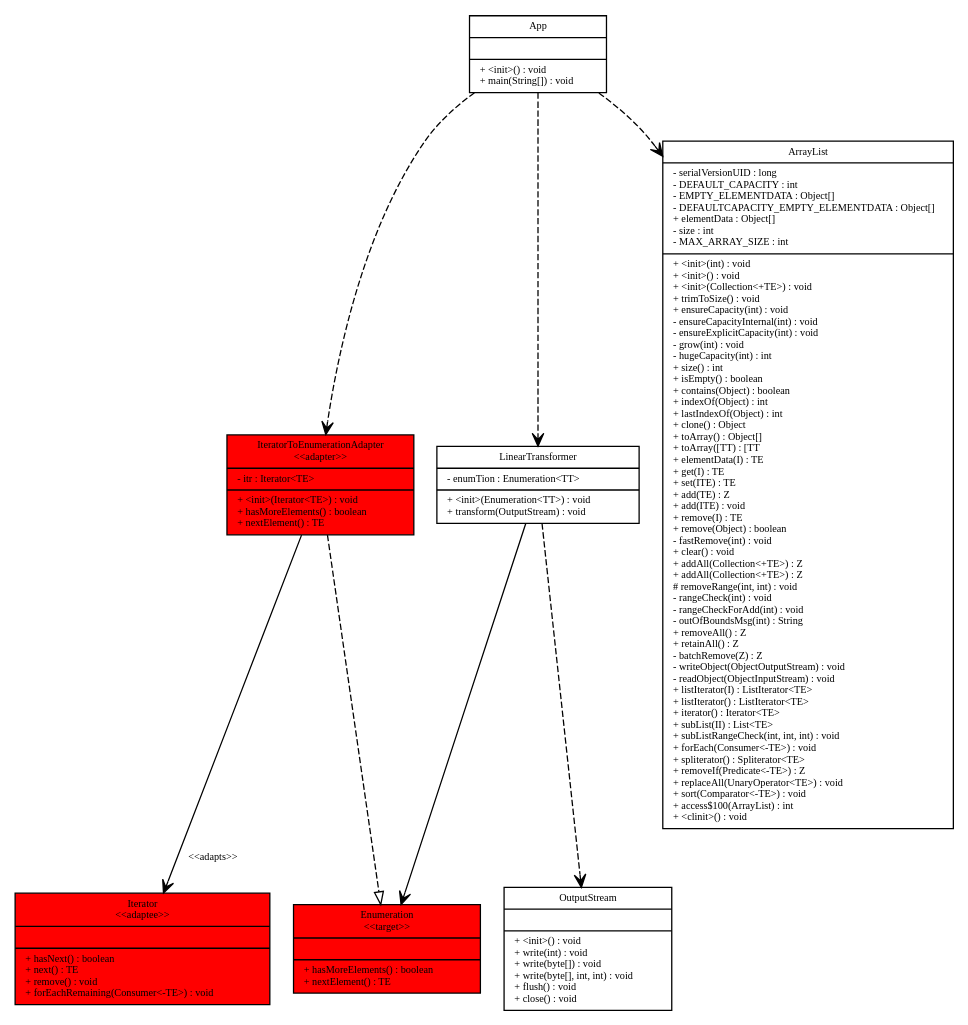
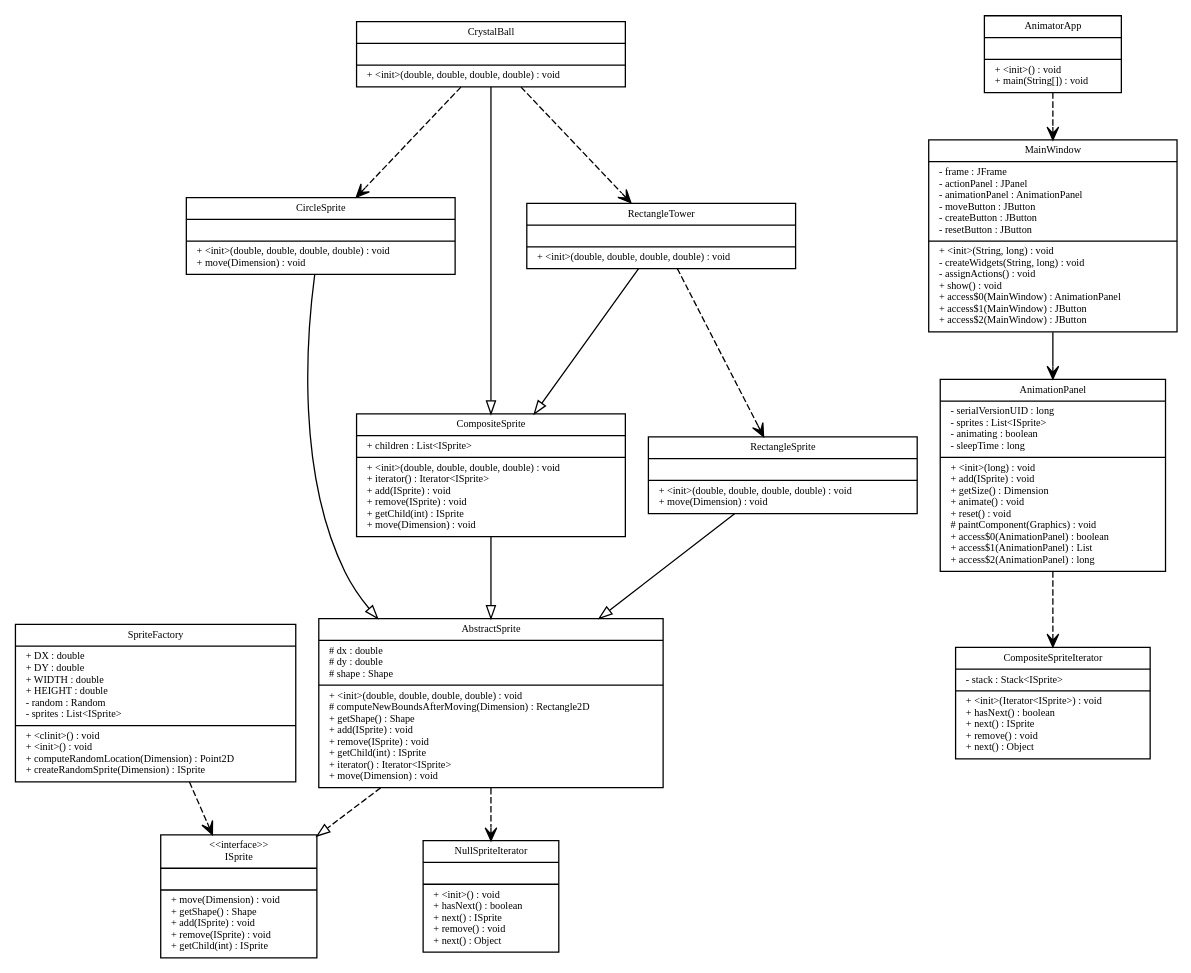
One commit to LoganErexson/CSSE374TeamProject changed the diagram in input_output/Diagram.gv. Above: the diagram before and after it, drawn with Graphviz. The commit also changed 15 other files, not shown here.

```diff
--- a/input_output/Diagram.gv
+++ b/input_output/Diagram.gv
@@ -1,77 +1,103 @@
 digraph G {
 fontname = " Bitstream Vera San"
 fontsize =8
 node [
 style=filled
 fillcolor=white
 fontname = "Bitstream Vera Sans"
 fontsize =8
 shape = "record"]
 edge [
 fontname = "Bitstream Vera Sans"
 fontsize =8
 ]
-App [
-label = "{App
+AbstractSprite [
+label = "{AbstractSprite
+|# dx : double\l# dy : double\l# shape : Shape\l|+ \<init\>(double, double, double, double) : void\l# computeNewBoundsAfterMoving(Dimension) : Rectangle2D\l+ getShape() : Shape\l+ add(ISprite) : void\l+ remove(ISprite) : void\l+ getChild(int) : ISprite\l+ iterator() : Iterator\<ISprite\>\l+ move(Dimension) : void\l}"
+]
+CompositeSprite [
+label = "{CompositeSprite
+|+ children : List\<ISprite\>\l|+ \<init\>(double, double, double, double) : void\l+ iterator() : Iterator\<ISprite\>\l+ add(ISprite) : void\l+ remove(ISprite) : void\l+ getChild(int) : ISprite\l+ move(Dimension) : void\l}"
+]
+CompositeSpriteIterator [
+label = "{CompositeSpriteIterator
+|- stack : Stack\<ISprite\>\l|+ \<init\>(Iterator\<ISprite\>) : void\l+ hasNext() : boolean\l+ next() : ISprite\l+ remove() : void\l+ next() : Object\l}"
+]
+CrystalBall [
+label = "{CrystalBall
+||+ \<init\>(double, double, double, double) : void\l}"
+]
+CircleSprite [
+label = "{CircleSprite
+||+ \<init\>(double, double, double, double) : void\l+ move(Dimension) : void\l}"
+]
+ISprite [
+label = "{\<\<interface\>\>\nISprite
+||+ move(Dimension) : void\l+ getShape() : Shape\l+ add(ISprite) : void\l+ remove(ISprite) : void\l+ getChild(int) : ISprite\l}"
+]
+CompositeSprite [
+label = "{CompositeSprite
+|+ children : List\<ISprite\>\l|+ \<init\>(double, double, double, double) : void\l+ iterator() : Iterator\<ISprite\>\l+ add(ISprite) : void\l+ remove(ISprite) : void\l+ getChild(int) : ISprite\l+ move(Dimension) : void\l}"
+]
+RectangleSprite [
+label = "{RectangleSprite
+||+ \<init\>(double, double, double, double) : void\l+ move(Dimension) : void\l}"
+]
+SpriteFactory [
+label = "{SpriteFactory
+|+ DX : double\l+ DY : double\l+ WIDTH : double\l+ HEIGHT : double\l- random : Random\l- sprites : List\<ISprite\>\l|+ \<clinit\>() : void\l+ \<init\>() : void\l+ computeRandomLocation(Dimension) : Point2D\l+ createRandomSprite(Dimension) : ISprite\l}"
+]
+NullSpriteIterator [
+label = "{NullSpriteIterator
+||+ \<init\>() : void\l+ hasNext() : boolean\l+ next() : ISprite\l+ remove() : void\l+ next() : Object\l}"
+]
+RectangleTower [
+label = "{RectangleTower
+||+ \<init\>(double, double, double, double) : void\l}"
+]
+AnimationPanel [
+label = "{AnimationPanel
+|- serialVersionUID : long\l- sprites : List\<ISprite\>\l- animating : boolean\l- sleepTime : long\l|+ \<init\>(long) : void\l+ add(ISprite) : void\l+ getSize() : Dimension\l+ animate() : void\l+ reset() : void\l# paintComponent(Graphics) : void\l+ access$0(AnimationPanel) : boolean\l+ access$1(AnimationPanel) : List\l+ access$2(AnimationPanel) : long\l}"
+]
+MainWindow [
+label = "{MainWindow
+|- frame : JFrame\l- actionPanel : JPanel\l- animationPanel : AnimationPanel\l- moveButton : JButton\l- createButton : JButton\l- resetButton : JButton\l|+ \<init\>(String, long) : void\l- createWidgets(String, long) : void\l- assignActions() : void\l+ show() : void\l+ access$0(MainWindow) : AnimationPanel\l+ access$1(MainWindow) : JButton\l+ access$2(MainWindow) : JButton\l}"
+]
+AnimatorApp [
+label = "{AnimatorApp
 ||+ \<init\>() : void\l+ main(String[]) : void\l}"
-]
-IteratorToEnumerationAdapter [
-fillcolor = red
-label = "{IteratorToEnumerationAdapter
-\n\<\<adapter\>\>\n|- itr : Iterator\<TE\>\l|+ \<init\>(Iterator\<TE\>) : void\l+ hasMoreElements() : boolean\l+ nextElement() : TE\l}"
-]
-LinearTransformer [
-label = "{LinearTransformer
-|- enumTion : Enumeration\<TT\>\l|+ \<init\>(Enumeration\<TT\>) : void\l+ transform(OutputStream) : void\l}"
-]
-ArrayList [
-label = "{ArrayList
-|- serialVersionUID : long\l- DEFAULT_CAPACITY : int\l- EMPTY_ELEMENTDATA : Object[]\l- DEFAULTCAPACITY_EMPTY_ELEMENTDATA : Object[]\l+ elementData : Object[]\l- size : int\l- MAX_ARRAY_SIZE : int\l|+ \<init\>(int) : void\l+ \<init\>() : void\l+ \<init\>(Collection\<+TE\>) : void\l+ trimToSize() : void\l+ ensureCapacity(int) : void\l- ensureCapacityInternal(int) : void\l- ensureExplicitCapacity(int) : void\l- grow(int) : void\l- hugeCapacity(int) : int\l+ size() : int\l+ isEmpty() : boolean\l+ contains(Object) : boolean\l+ indexOf(Object) : int\l+ lastIndexOf(Object) : int\l+ clone() : Object\l+ toArray() : Object[]\l+ toArray([TT) : [TT\l+ elementData(I) : TE\l+ get(I) : TE\l+ set(ITE) : TE\l+ add(TE) : Z\l+ add(ITE) : void\l+ remove(I) : TE\l+ remove(Object) : boolean\l- fastRemove(int) : void\l+ clear() : void\l+ addAll(Collection\<+TE\>) : Z\l+ addAll(Collection\<+TE\>) : Z\l# removeRange(int, int) : void\l- rangeCheck(int) : void\l- rangeCheckForAdd(int) : void\l- outOfBoundsMsg(int) : String\l+ removeAll() : Z\l+ retainAll() : Z\l- batchRemove(Z) : Z\l- writeObject(ObjectOutputStream) : void\l- readObject(ObjectInputStream) : void\l+ listIterator(I) : ListIterator\<TE\>\l+ listIterator() : ListIterator\<TE\>\l+ iterator() : Iterator\<TE\>\l+ subList(II) : List\<TE\>\l+ subListRangeCheck(int, int, int) : void\l+ forEach(Consumer\<-TE\>) : void\l+ spliterator() : Spliterator\<TE\>\l+ removeIf(Predicate\<-TE\>) : Z\l+ replaceAll(UnaryOperator\<TE\>) : void\l+ sort(Comparator\<-TE\>) : void\l+ access$100(ArrayList) : int\l+ \<clinit\>() : void\l}"
-]
-Enumeration [
-fillcolor = red
-label = "{Enumeration
-\n\<\<target\>\>\n||+ hasMoreElements() : boolean\l+ nextElement() : TE\l}"
-]
-Iterator [
-fillcolor = red
-label = "{Iterator
-\n\<\<adaptee\>\>\n||+ hasNext() : boolean\l+ next() : TE\l+ remove() : void\l+ forEachRemaining(Consumer\<-TE\>) : void\l}"
-]
-OutputStream [
-label = "{OutputStream
-||+ \<init\>() : void\l+ write(int) : void\l+ write(byte[]) : void\l+ write(byte[], int, int) : void\l+ flush() : void\l+ close() : void\l}"
 ]
 edge [
 arrowhead = "empty"
 style = "solid"
 ]
+RectangleTower -> CompositeSprite
+CrystalBall -> CompositeSprite
+CircleSprite -> AbstractSprite
+RectangleSprite -> AbstractSprite
+CompositeSprite -> AbstractSprite
 edge [
 arrowhead = "vee"
 style = "solid"
 ]
-LinearTransformer -> Enumeration
-edge [
-label = ""
-]
-edge [
-label = "\<\<adapts\>\>"
-]
-IteratorToEnumerationAdapter -> Iterator
+MainWindow -> AnimationPanel
 edge [
 label = ""
 ]
 edge [
 arrowhead = "empty"
 style = "dashed"
 ]
-IteratorToEnumerationAdapter -> Enumeration
+AbstractSprite -> ISprite
 edge [
 arrowhead = "vee"
 style = "dashed"
 ]
-App -> ArrayList
-App -> IteratorToEnumerationAdapter
-App -> LinearTransformer
-LinearTransformer -> OutputStream
+SpriteFactory -> ISprite
+RectangleTower -> RectangleSprite
+AnimationPanel -> CompositeSpriteIterator
+AnimatorApp -> MainWindow
+CrystalBall -> RectangleTower
+CrystalBall -> CircleSprite
+AbstractSprite -> NullSpriteIterator
 }
```
